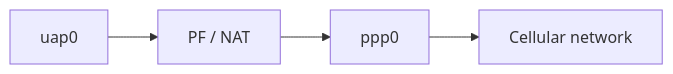
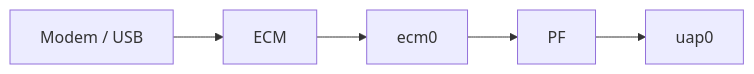
Before and after one commit to joeyQuery/MHI2-Wireless-CarPlay: diagram 20 of 22 in docs/wifi.md, drawn with Mermaid. The commit also changed other lines of this file, not shown here.

````diff
--- a/docs/wifi.md
+++ b/docs/wifi.md
@@ -617,11 +629,13 @@
 ```mermaid
 flowchart LR
-    UAP["uap0"]
-    PF["PF / NAT"]
-    PPP0["ppp0"]
-    CELL["Cellular network"]
+    MODEM["Modem / USB"]
+    ECM["ECM"]
+    ECM0["ecm0"]
+    PF["PF"]
+    WLAN["uap0"]
 
-    UAP --> PF
-    PF --> PPP0
-    PPP0 --> CELL
+    MODEM --> ECM
+    ECM --> ECM0
+    ECM0 --> PF
+    PF --> WLAN
 ```
````
